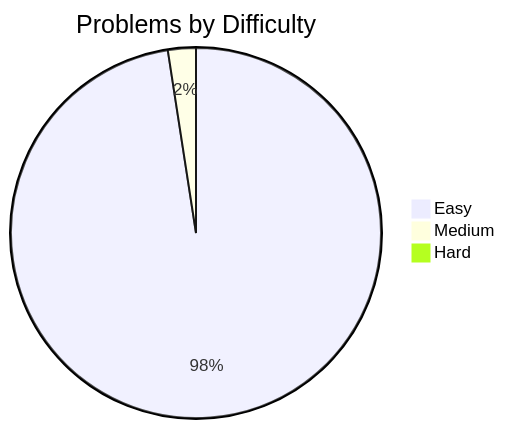
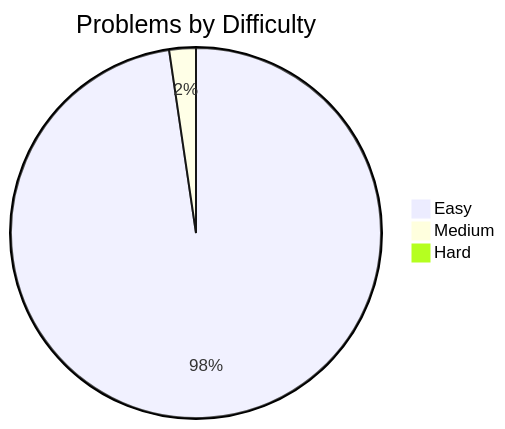
The diagram in README.md (davelin18yufan/leetcode-journal), drawn with Mermaid before and after one commit. The commit also changed other lines of this file and 5 other files, not shown here.

````diff
--- a/README.md
+++ b/README.md
@@ -7,7 +7,7 @@
 ```mermaid
 pie
     title Problems by Difficulty
-    "Easy" : 40
+    "Easy" : 42
     "Medium" : 1
     "Hard" : 0
 ```
````
